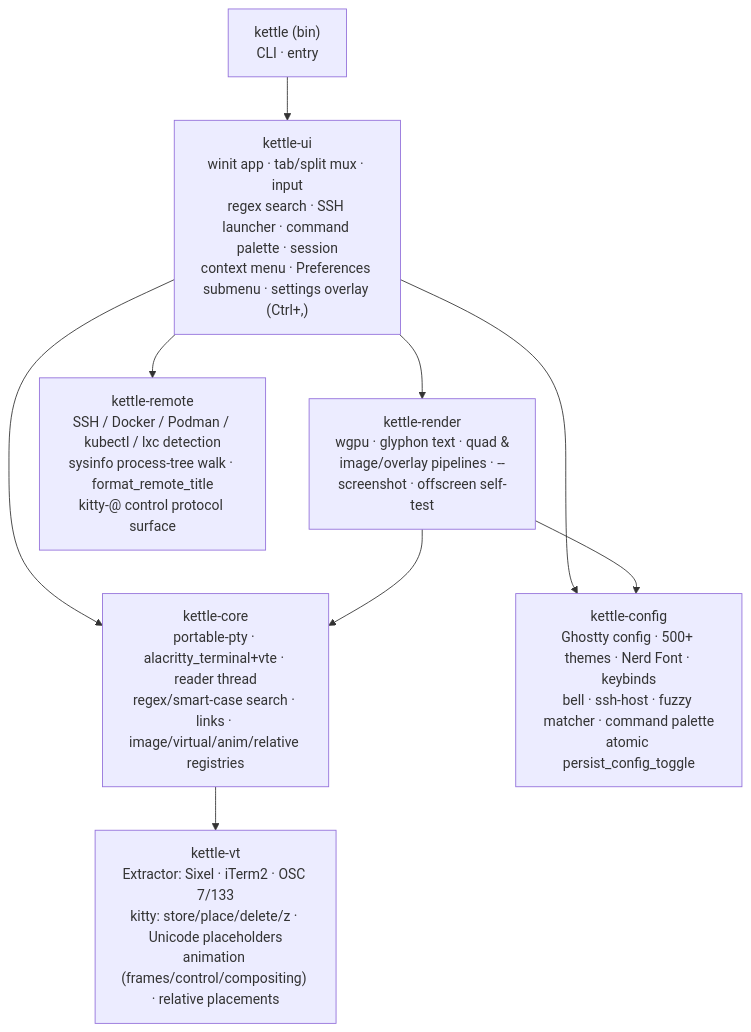
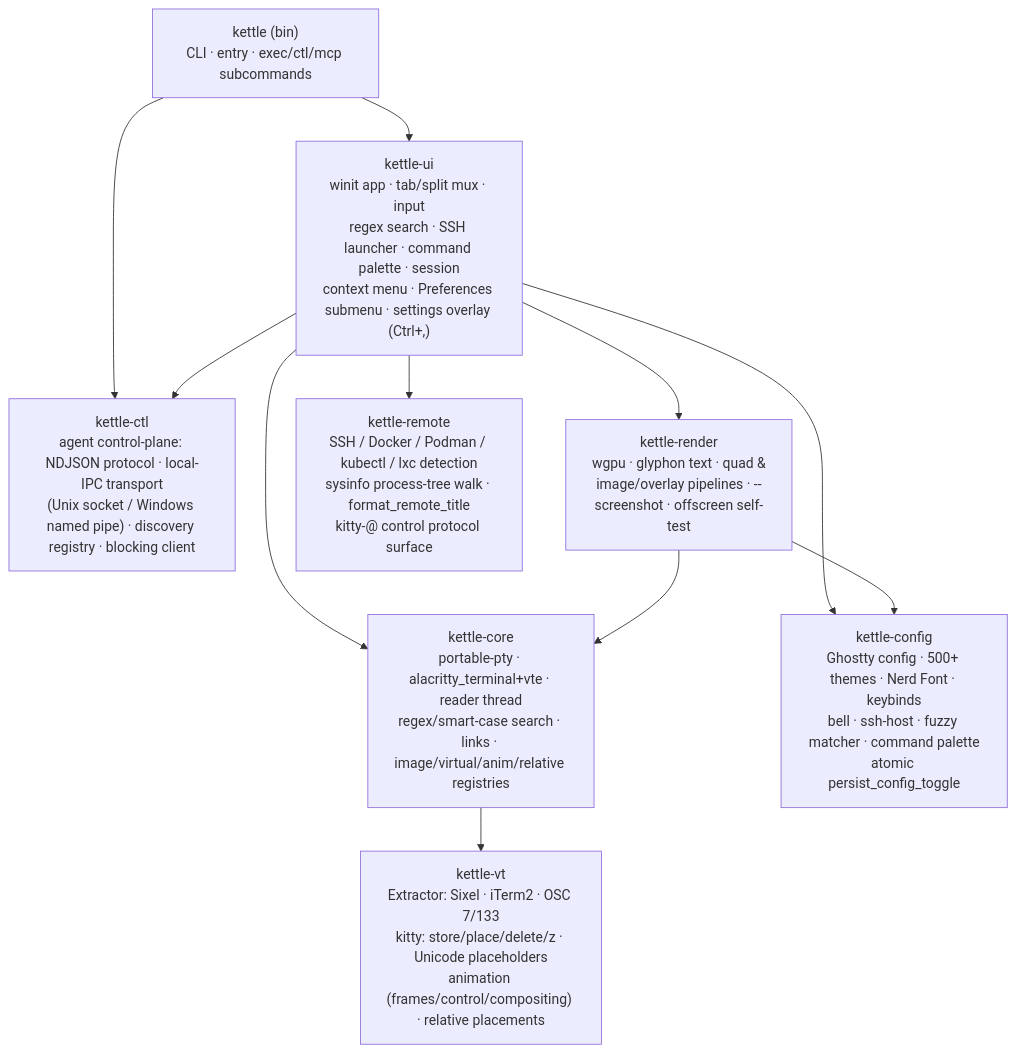
The first of 10 diagrams in docs/ARCHITECTURE.md (Reddimus/kettle), drawn with Mermaid before and after one commit. The commit also changed other lines of this file and 21 other files, not shown here.

````diff
--- a/docs/ARCHITECTURE.md
+++ b/docs/ARCHITECTURE.md
@@ -10,14 +10,17 @@
 ```mermaid
 graph TD
-    bin["kettle (bin)<br/>CLI · entry"] --> ui
+    bin["kettle (bin)<br/>CLI · entry · exec/ctl/mcp subcommands"] --> ui
+    bin --> ctl
     ui["kettle-ui<br/>winit app · tab/split mux · input<br/>regex search · SSH launcher · command palette · session<br/>context menu · Preferences submenu · settings overlay (Ctrl+,)"] --> render
     ui --> core
     ui --> cfg
     ui --> remote
+    ui --> ctl
+    ctl["kettle-ctl<br/>agent control-plane: NDJSON protocol · local-IPC transport<br/>(Unix socket / Windows named pipe) · discovery registry · blocking client"]
     render["kettle-render<br/>wgpu · glyphon text · quad &<br/>image/overlay pipelines · --screenshot · offscreen self-test"] --> core
     render --> cfg
     core["kettle-core<br/>portable-pty · alacritty_terminal+vte · reader thread<br/>regex/smart-case search · links · image/virtual/anim/relative registries"] --> vt
     cfg["kettle-config<br/>Ghostty config · 500+ themes · Nerd Font · keybinds<br/>bell · ssh-host · fuzzy matcher · command palette<br/>atomic persist_config_toggle"]
     vt["kettle-vt<br/>Extractor: Sixel · iTerm2 · OSC 7/133<br/>kitty: store/place/delete/z · Unicode placeholders<br/>animation (frames/control/compositing) · relative placements"]
     remote["kettle-remote<br/>SSH / Docker / Podman / kubectl / lxc detection<br/>sysinfo process-tree walk · format_remote_title<br/>kitty-@ control protocol surface"]
 ```
````
